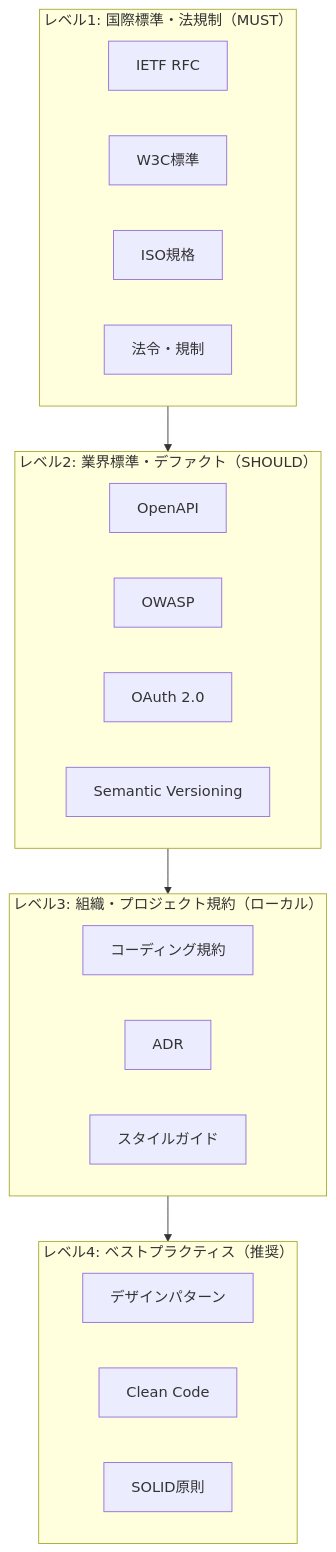
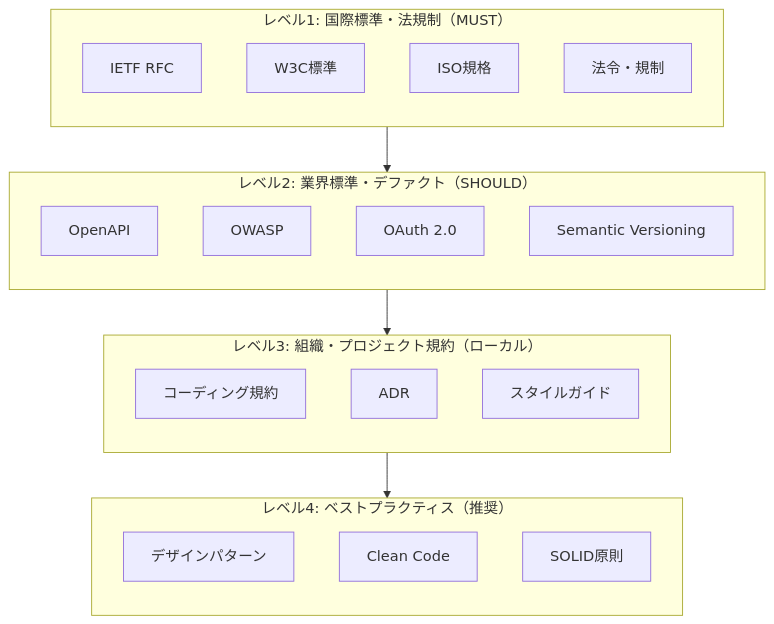
One commit to shuji-bonji/ai-agent-architecture changed diagram 11 of 15 in docs/concepts/02-reference-sources.ja.md. Above: the diagram before and after it, drawn with Mermaid. The commit also changed other lines of this file and 13 other files, not shown here.

Commit message:
fix: Mermaidダイアグラム図の改善

````diff
--- a/docs/concepts/02-reference-sources.ja.md
+++ b/docs/concepts/02-reference-sources.ja.md
@@ -358,30 +362,34 @@
 ```mermaid
 graph TB
     subgraph レベル1["レベル1: 国際標準・法規制（MUST）"]
+        direction TB
         IETF[IETF RFC]
         W3C[W3C標準]
         ISO[ISO規格]
         LAW[法令・規制]
     end
 
     subgraph レベル2["レベル2: 業界標準・デファクト（SHOULD）"]
+        direction TB
         OPENAPI[OpenAPI]
         OWASP[OWASP]
         OAUTH[OAuth 2.0]
         SEMVER[Semantic Versioning]
     end
 
     subgraph レベル3["レベル3: 組織・プロジェクト規約（ローカル）"]
+        direction TB
         CODING[コーディング規約]
         ADR[ADR]
         STYLE[スタイルガイド]
     end
 
     subgraph レベル4["レベル4: ベストプラクティス（推奨）"]
+        direction TB
         PATTERN[デザインパターン]
         CLEAN[Clean Code]
         SOLID[SOLID原則]
     end
 
     レベル1 --> レベル2 --> レベル3 --> レベル4
 ```
````
